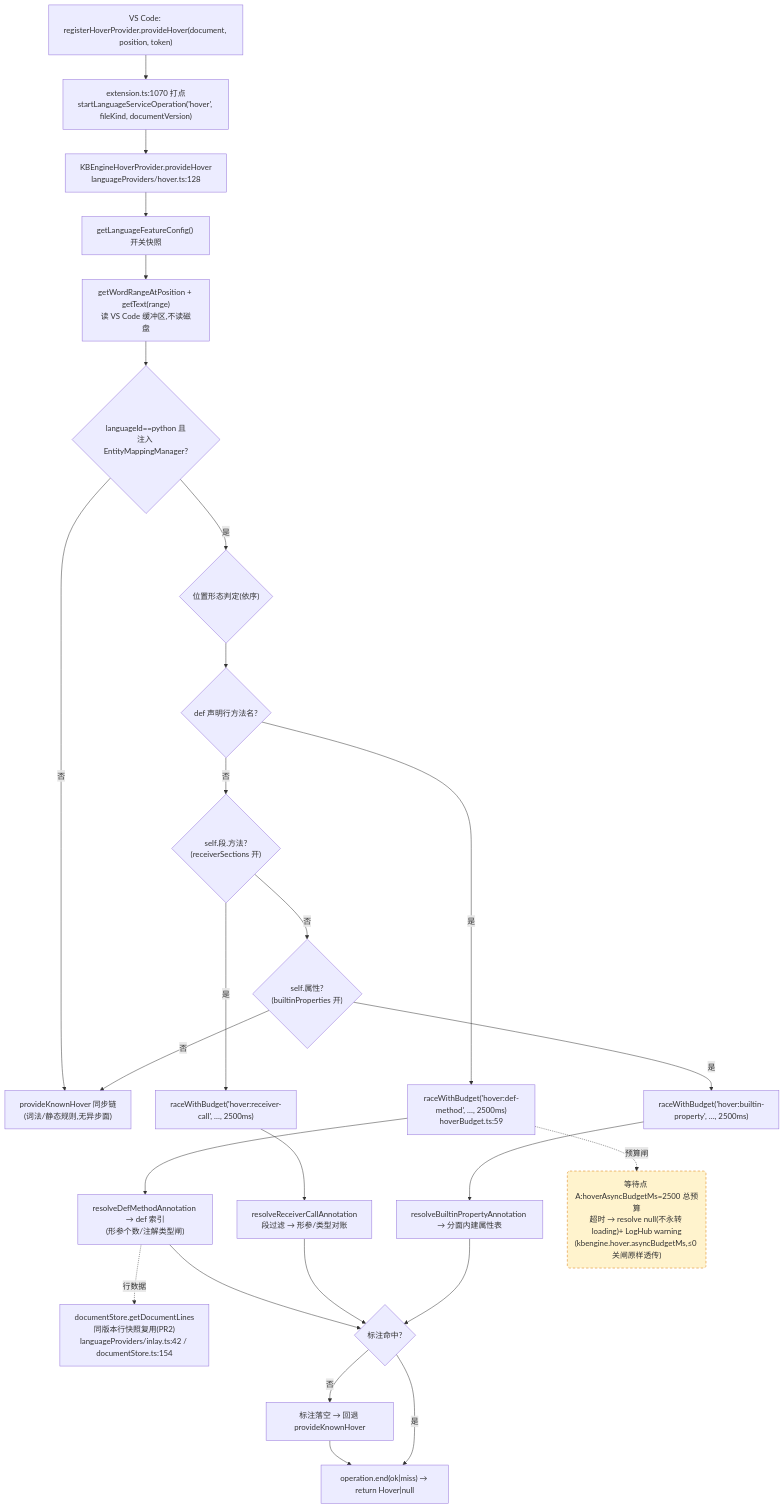
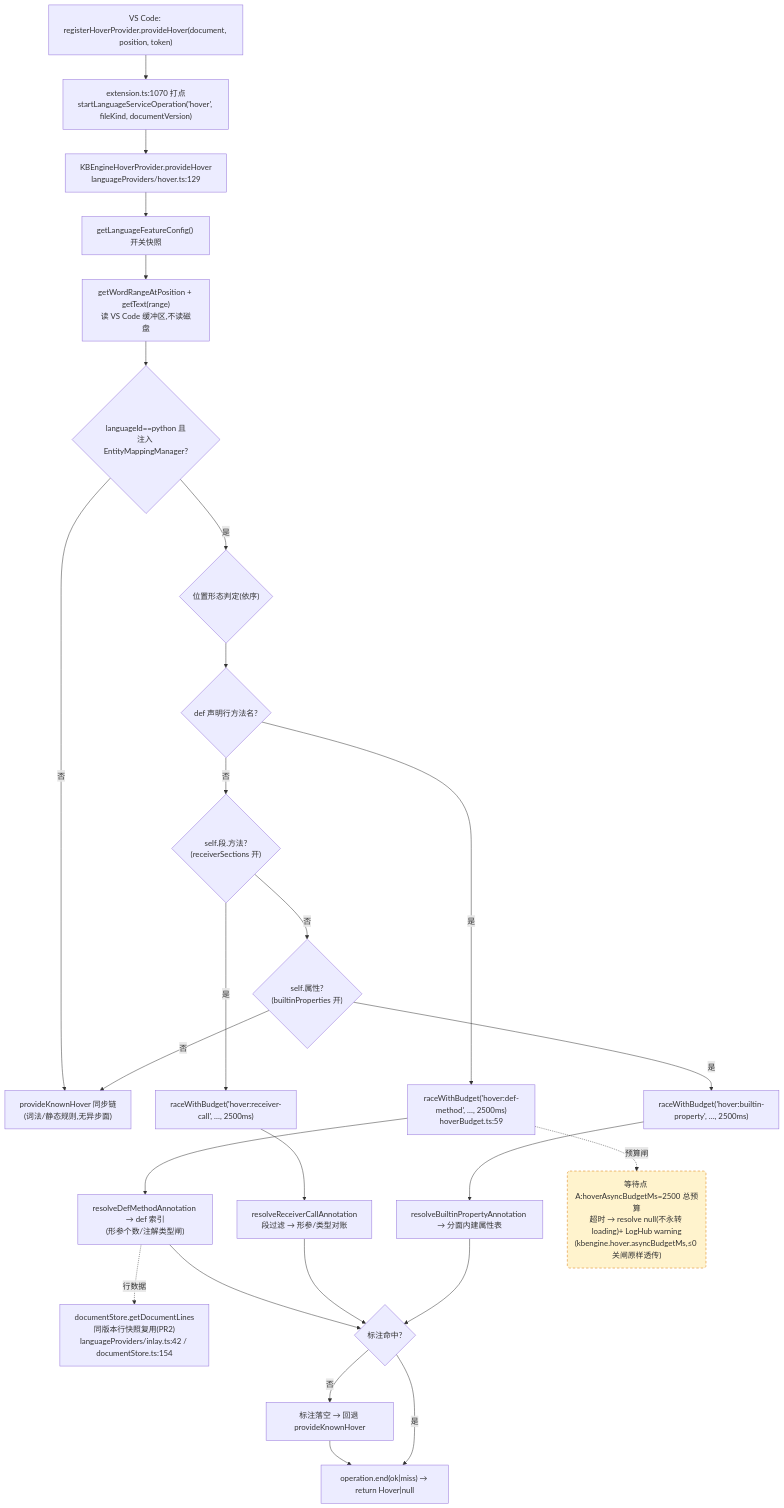
Before and after one commit to cuihairu/kode: the first of 4 diagrams in docs/perf/2026-baseline.md, drawn with Mermaid. The commit also changed other lines of this file and 4 other files, not shown here.

First line of the commit message:
refactor(arch): KODE-ARCH-001 step 6 — extract languageProviders/pythonDefinition (pure move)

````diff
--- a/docs/perf/2026-baseline.md
+++ b/docs/perf/2026-baseline.md
@@ -82,45 +82,45 @@
 ```mermaid
 flowchart TD
   VC1["VS Code: registerHoverProvider.provideHover(document, position, token)"]
   M1["extension.ts:1070 打点<br/>startLanguageServiceOperation('hover', fileKind, documentVersion)"]
-  HP["KBEngineHoverProvider.provideHover<br/>languageProviders/hover.ts:128"]
+  HP["KBEngineHoverProvider.provideHover<br/>languageProviders/hover.ts:129"]
   CFG["getLanguageFeatureConfig() 开关快照"]
   WORD["getWordRangeAtPosition + getText(range)<br/>读 VS Code 缓冲区,不读磁盘"]
   BR{"languageId==python 且<br/>注入 EntityMappingManager?"}
   KN["provideKnownHover 同步链<br/>(词法/静态规则,无异步面)"]
   POS{"位置形态判定(依序)"}
   D1{"def 声明行方法名?"}
   D2{"self.段.方法?<br/>(receiverSections 开)"}
   D3{"self.属性?<br/>(builtinProperties 开)"}
   RA1["raceWithBudget('hover:def-method', …, 2500ms)<br/>hoverBudget.ts:59"]
   RA2["raceWithBudget('hover:receiver-call', …, 2500ms)"]
   RA3["raceWithBudget('hover:builtin-property', …, 2500ms)"]
   RS1["resolveDefMethodAnnotation → def 索引<br/>(形参个数/注解类型闸)"]
   RS2["resolveReceiverCallAnnotation<br/>段过滤 → 形参/类型对账"]
   RS3["resolveBuiltinPropertyAnnotation → 分面内建属性表"]
   LINES["documentStore.getDocumentLines<br/>同版本行快照复用(PR2)<br/>languageProviders/inlay.ts:42 / documentStore.ts:154"]
   MISS["标注落空 → 回退 provideKnownHover"]
   END1["operation.end(ok|miss) → return Hover|null"]
 
   VC1 --> M1 --> HP --> CFG --> WORD --> BR
   BR -- "否" --> KN
   BR -- "是" --> POS --> D1
   D1 -- "是" --> RA1 --> RS1
   D1 -- "否" --> D2
   D2 -- "是" --> RA2 --> RS2
   D2 -- "否" --> D3
   D3 -- "是" --> RA3 --> RS3
   D3 -- "否" --> KN
   RS1 --> HIT{"标注命中?"}
   RS2 --> HIT
   RS3 --> HIT
   RS1 -.->|行数据| LINES
   HIT -- "否" --> MISS --> END1
   HIT -- "是" --> END1
 
   WAITA("等待点 A:hoverAsyncBudgetMs=2500 总预算<br/>超时 → resolve null(不永转 loading)+ LogHub warning<br/>(kbengine.hover.asyncBudgetMs,≤0 关闸原样透传)")
   RA1 -.->|预算闸| WAITA
 
   classDef waitPoint fill:#fff3cd,stroke:#d97706,stroke-dasharray:5 4;
   class WAITA waitPoint;
 ```
````
